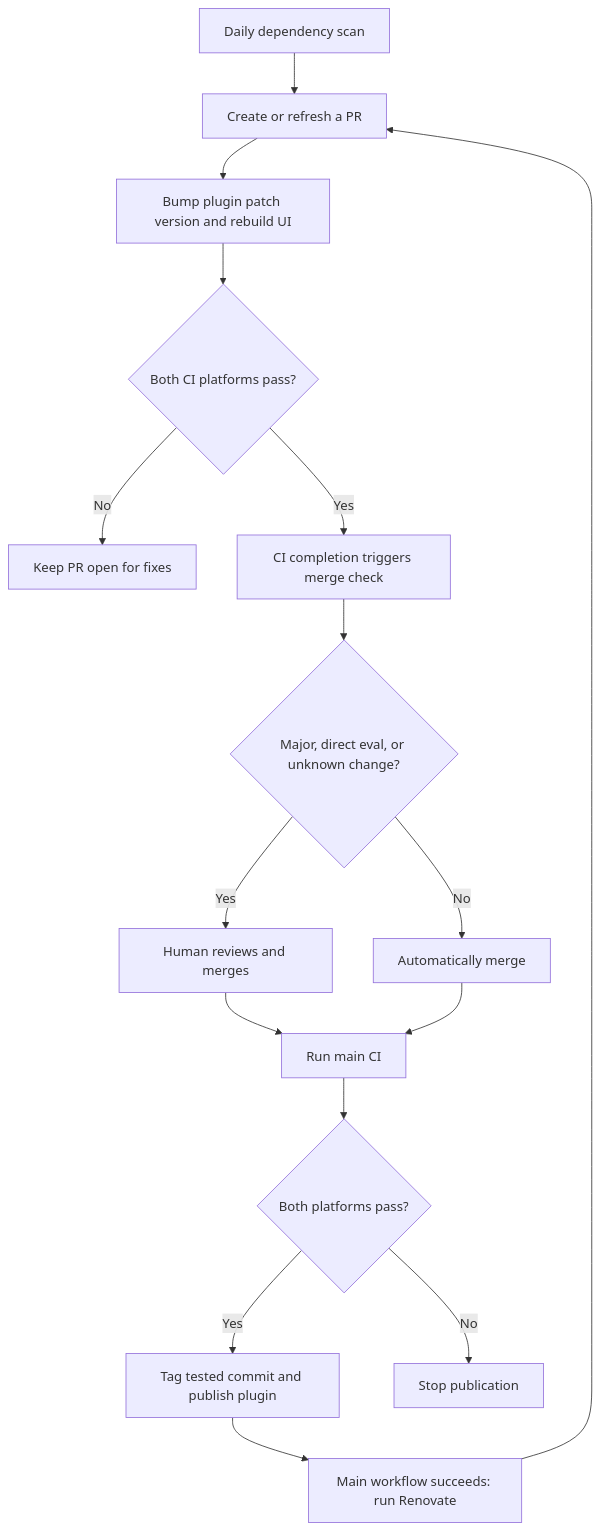
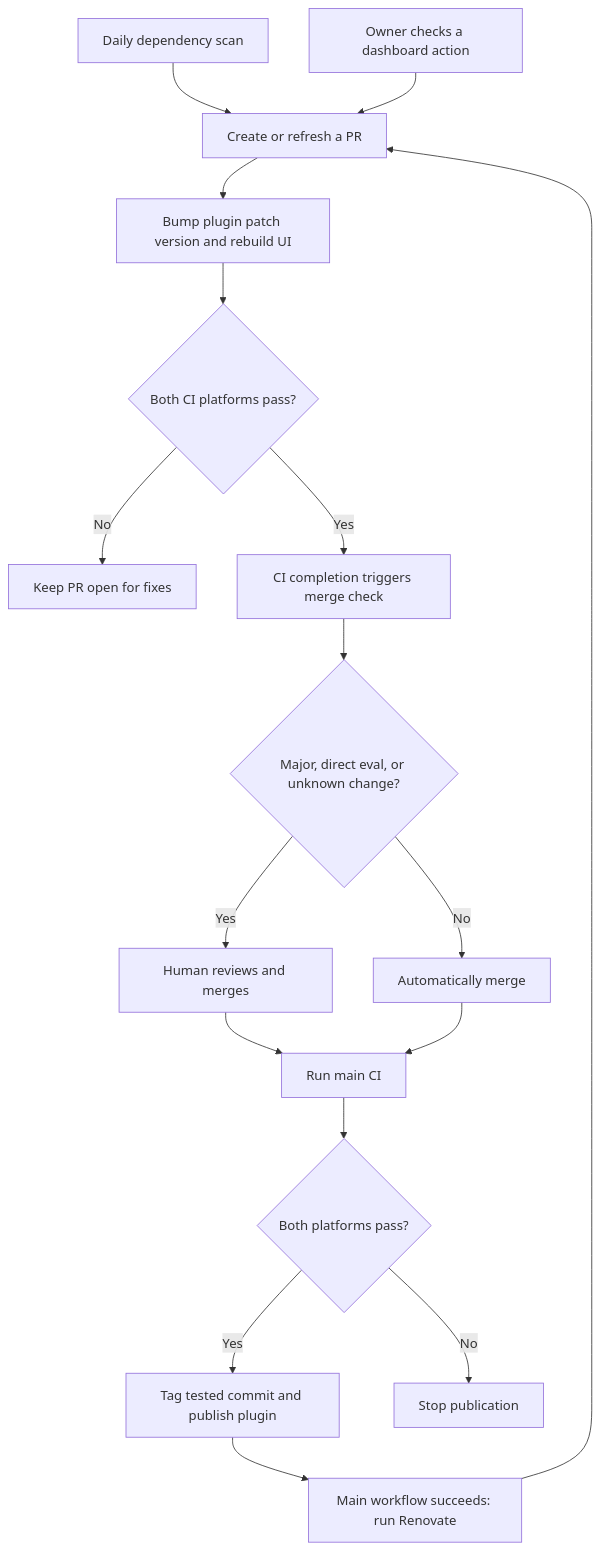
The diagram in docs/renovate.md (SamArgt/auto-bean), drawn with Mermaid before and after one commit. The commit also changed other lines of this file and 12 other files, not shown here.

````diff
--- a/docs/renovate.md
+++ b/docs/renovate.md
@@ -15,18 +20,19 @@
 ```mermaid
 flowchart TD
     A[Daily dependency scan] --> B[Create or refresh a PR]
+    Q[Owner checks a dashboard action] --> B
     B --> C[Bump plugin patch version and rebuild UI]
     C --> D{Both CI platforms pass?}
     D -- No --> E[Keep PR open for fixes]
     D -- Yes --> M[CI completion triggers merge check]
     M --> F{Major, direct eval, or unknown change?}
     F -- Yes --> G[Human reviews and merges]
     F -- No --> H[Automatically merge]
     G --> I[Run main CI]
     H --> I
     I --> J{Both platforms pass?}
     J -- Yes --> K[Tag tested commit and publish plugin]
     J -- No --> L[Stop publication]
     K --> R[Main workflow succeeds: run Renovate]
     R --> B
 ```
````
